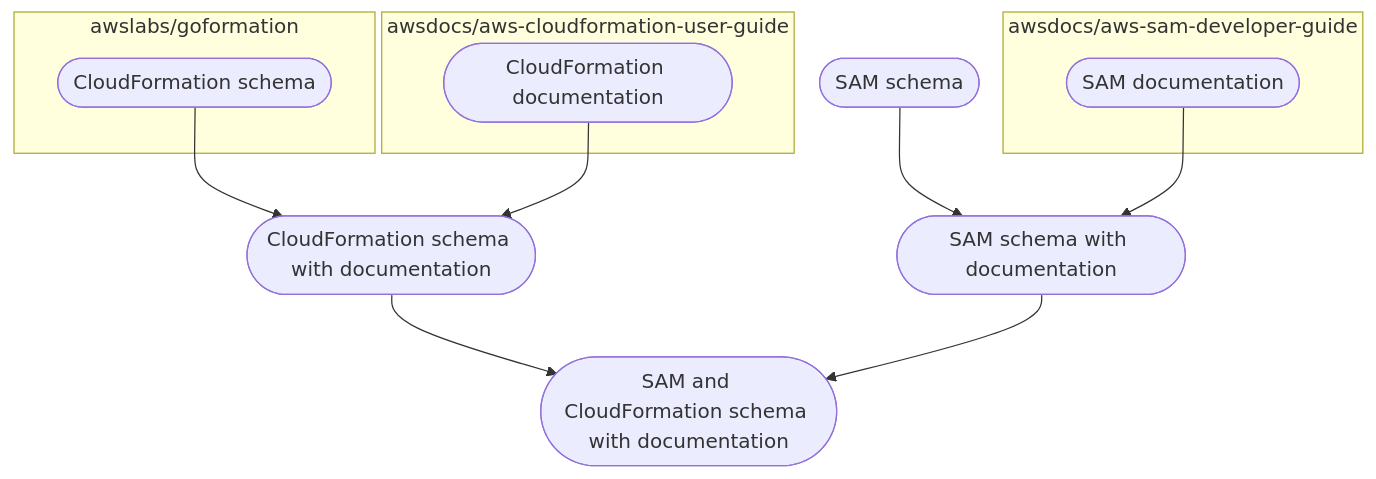
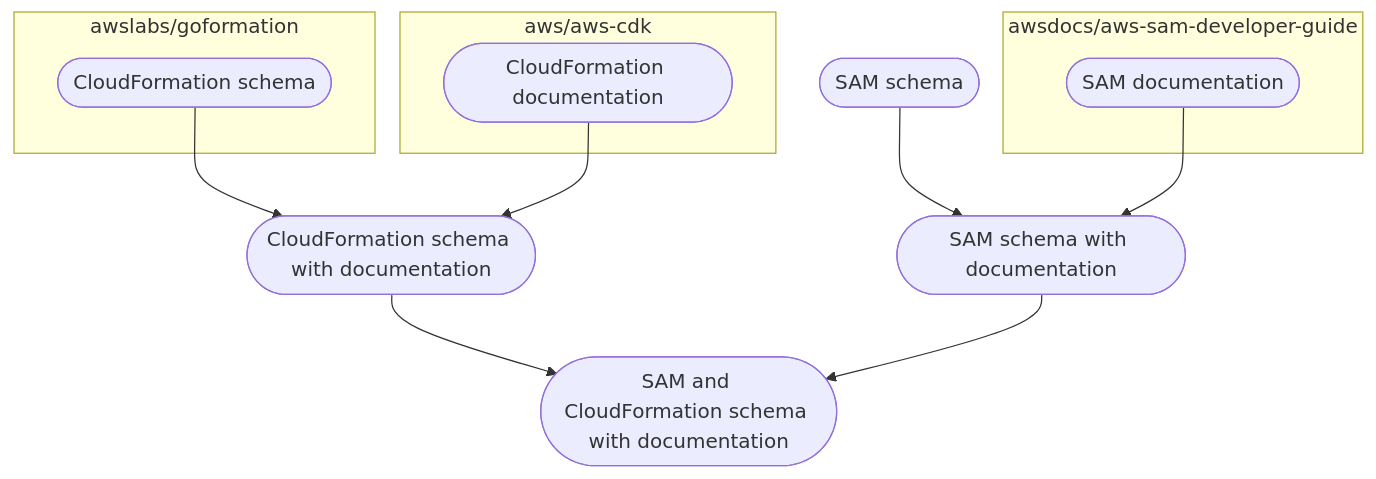
Before and after one commit to aws/serverless-application-model: the diagram in docs/schema.md, drawn with Mermaid.

````diff
--- a/docs/schema.md
+++ b/docs/schema.md
@@ -11,26 +11,26 @@
 ```mermaid
 flowchart TD
   subgraph repogoformation["awslabs/goformation"]
     cfnschema(["CloudFormation schema"])
   end
   
-  subgraph repocfndocs["awsdocs/aws-cloudformation-user-guide"]
+  subgraph repocfndocs["aws/aws-cdk"]
     cfndocs(["CloudFormation documentation"])
   end
 
   subgraph reposamdocs["awsdocs/aws-sam-developer-guide"]
     samdocs(["SAM documentation"])
   end
   
   samschema(["SAM schema"])
   cfnschemadocs(["CloudFormation schema with documentation"])
   samschemadocs(["SAM schema with documentation"])
   final(["SAM and CloudFormation schema with documentation"])
 
   cfnschema --> cfnschemadocs
   cfndocs --> cfnschemadocs
   samschema --> samschemadocs
   samdocs --> samschemadocs
   cfnschemadocs --> final
   samschemadocs --> final
 ```
````
